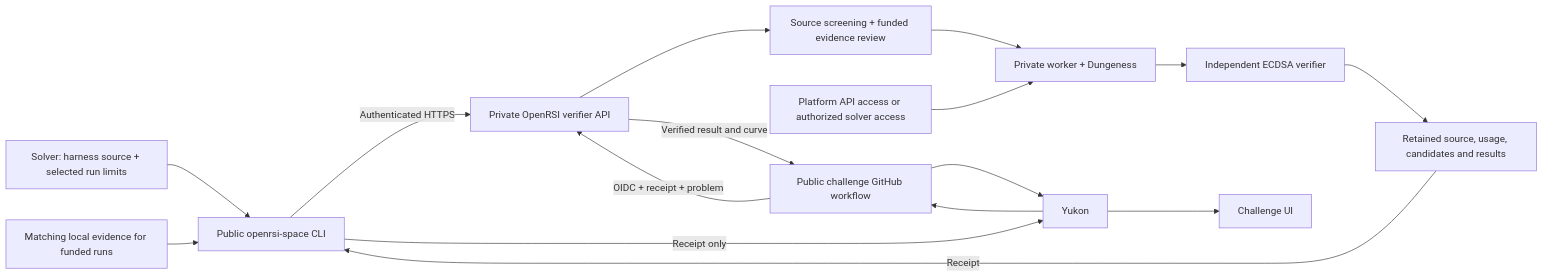
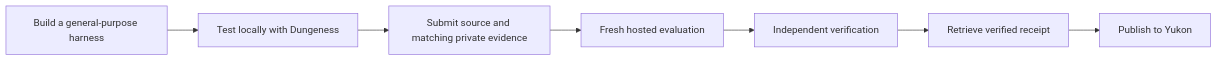
The diagram in docs/architecture.md (Layr-Labs/openrsi-space), drawn with Mermaid before and after one commit. The commit also changed other lines of this file and 26 other files, not shown here.

````diff
--- a/docs/architecture.md
+++ b/docs/architecture.md
@@ -46,18 +46,9 @@
 ```mermaid
 flowchart LR
-    Solver[Solver: harness source + selected run limits] --> Client[Public openrsi-space CLI]
-    Local[Matching local evidence for funded runs] --> Client
-    Client -->|Authenticated HTTPS| API[Private OpenRSI verifier API]
-    API --> Review[Source screening + funded evidence review]
-    Review --> Worker[Private worker + Dungeness]
-    Access[Platform API access or authorized solver access] --> Worker
-    Worker --> Verify[Independent ECDSA verifier]
-    Verify --> Evidence[Retained source, usage, candidates and results]
-    Evidence -->|Receipt| Client
-    Client -->|Receipt only| Yukon[Yukon]
-    Yukon --> Actions[Public challenge GitHub workflow]
-    Actions -->|OIDC + receipt + problem| API
-    API -->|Verified result and curve| Actions
-    Actions --> Yukon
-    Yukon --> UI[Challenge UI]
+    Harness[Build a general-purpose harness] --> Local[Test locally with Dungeness]
+    Local --> Submit[Submit source and matching private evidence]
+    Submit --> Remote[Fresh hosted evaluation]
+    Remote --> Verify[Independent verification]
+    Verify --> Receipt[Retrieve verified receipt]
+    Receipt --> Yukon[Publish to Yukon]
 ```
````
